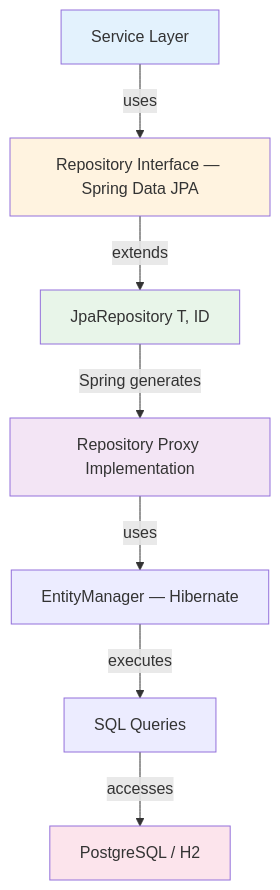
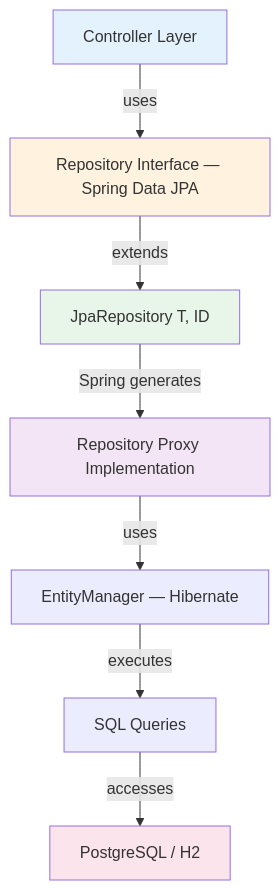
The diagram in docs/architecture/patterns/repository-pattern.md (Keglev/stockease), drawn with Mermaid before and after one commit. The commit also changed other lines of this file and 63 other files, not shown here.

````diff
--- a/docs/architecture/patterns/repository-pattern.md
+++ b/docs/architecture/patterns/repository-pattern.md
@@ -9,15 +9,15 @@
 ```mermaid
 graph TD
-    A[Service Layer] -->|uses| B[Repository Interface — Spring Data JPA]
+    A[Controller Layer] -->|uses| B[Repository Interface — Spring Data JPA]
     B -->|extends| C[JpaRepository T, ID]
     C -->|Spring generates| D[Repository Proxy Implementation]
     D -->|uses| E[EntityManager — Hibernate]
     E -->|executes| F[SQL Queries]
     F -->|accesses| G[PostgreSQL / H2]
 
     style A fill:#e3f2fd
     style B fill:#fff3e0
     style C fill:#e8f5e9
     style D fill:#f3e5f5
     style G fill:#fce4ec
 ```
````
